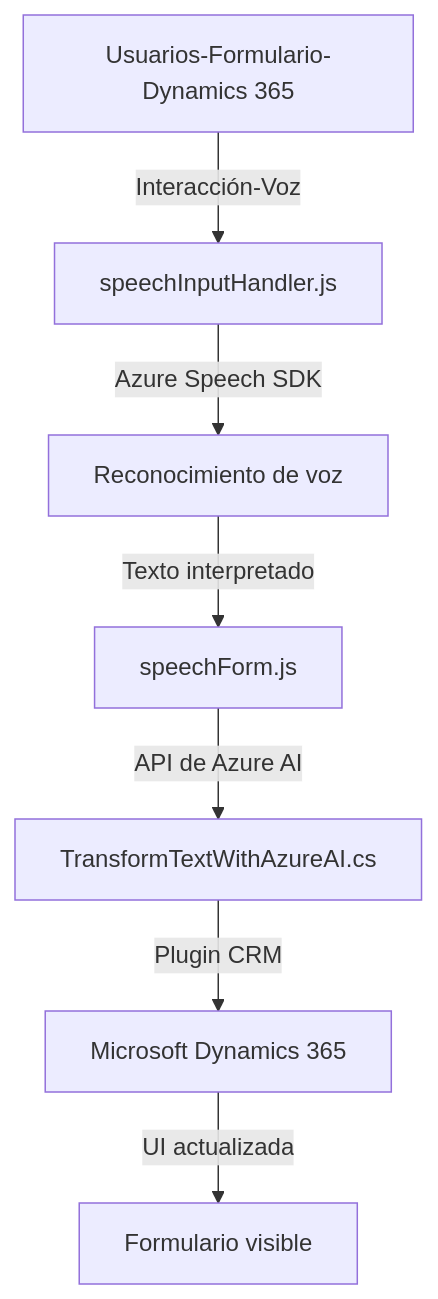
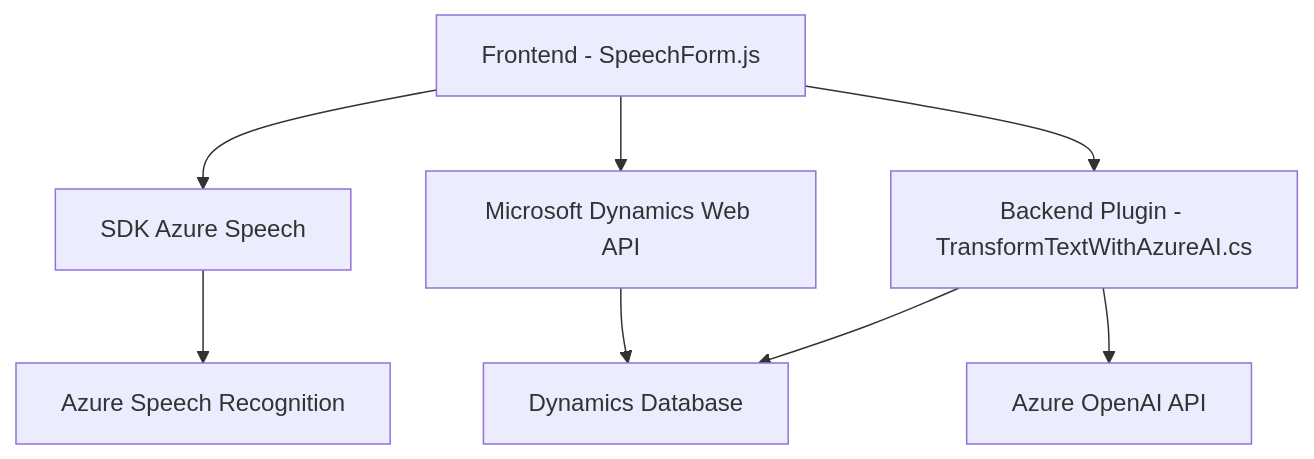
One commit to blopezdm/NETCORE_BILBAO2025 changed the diagram in README.md. Above: the diagram before and after it, drawn with Mermaid. The commit also changed other lines of this file, not shown here.

````diff
--- a/README.md
+++ b/README.md
@@ -44,9 +39,10 @@
 ```mermaid
 graph TD
-    A["Usuarios-Formulario-Dynamics 365"] -->|Interacción-Voz| B["speechInputHandler.js"]
-    B -->|"Azure Speech SDK"| C["Reconocimiento de voz"]
-    C -->|"Texto interpretado"| D["speechForm.js"]
-    D -->|"API de Azure AI"| E["TransformTextWithAzureAI.cs"]
-    E -->|"Plugin CRM"| F["Microsoft Dynamics 365"]
-    F -->|"UI actualizada"| G["Formulario visible"]
+    A["Frontend - SpeechForm.js"] --> B["SDK Azure Speech"]
+    A --> C["Microsoft Dynamics Web API"]
+    B --> D["Azure Speech Recognition"]
+    C --> F["Dynamics Database"]
+    E["Backend Plugin - TransformTextWithAzureAI.cs"] --> F
+    E --> G["Azure OpenAI API"]
+    A --> E
 ```
````
